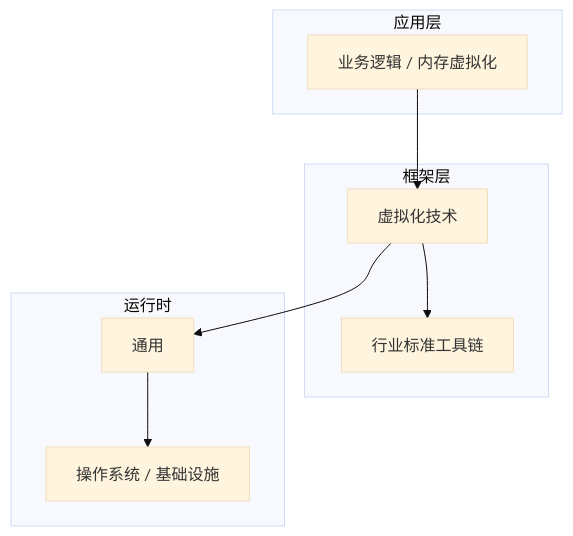
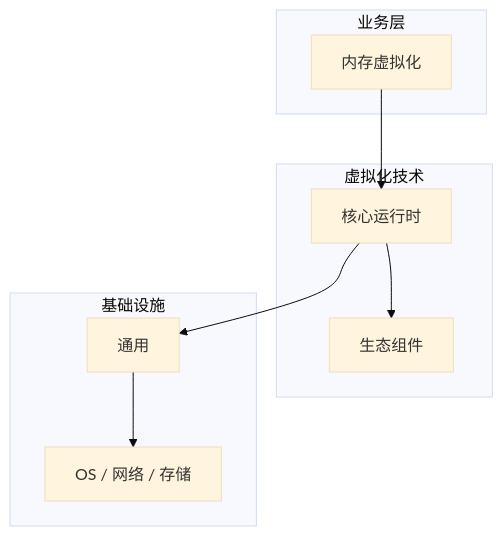
The diagram in articles/虚拟化技术/chapters/017-内存虚拟化核心概念与原理.md (yanggan2015/knowledge-json-v2), drawn with Mermaid (base theme) before and after one commit. The commit also changed other lines of this file and 10127 other files, not shown here.

````diff
--- a/articles/虚拟化技术/chapters/017-内存虚拟化核心概念与原理.md
+++ b/articles/虚拟化技术/chapters/017-内存虚拟化核心概念与原理.md
@@ -45,18 +34,18 @@
 ```mermaid
 graph TB
-    subgraph 应用层
-        A[业务逻辑 / 内存虚拟化]
+    subgraph 业务层
+        A[内存虚拟化]
     end
-    subgraph 框架层
-        B[虚拟化技术]
-        C[行业标准工具链]
+    subgraph 虚拟化技术
+        B[核心运行时]
+        C[生态组件]
     end
-    subgraph 运行时
+    subgraph 基础设施
         D[通用]
-        E[操作系统 / 基础设施]
+        E[OS / 网络 / 存储]
     end
     A --> B
     B --> C
     B --> D
     D --> E
 ```
````
